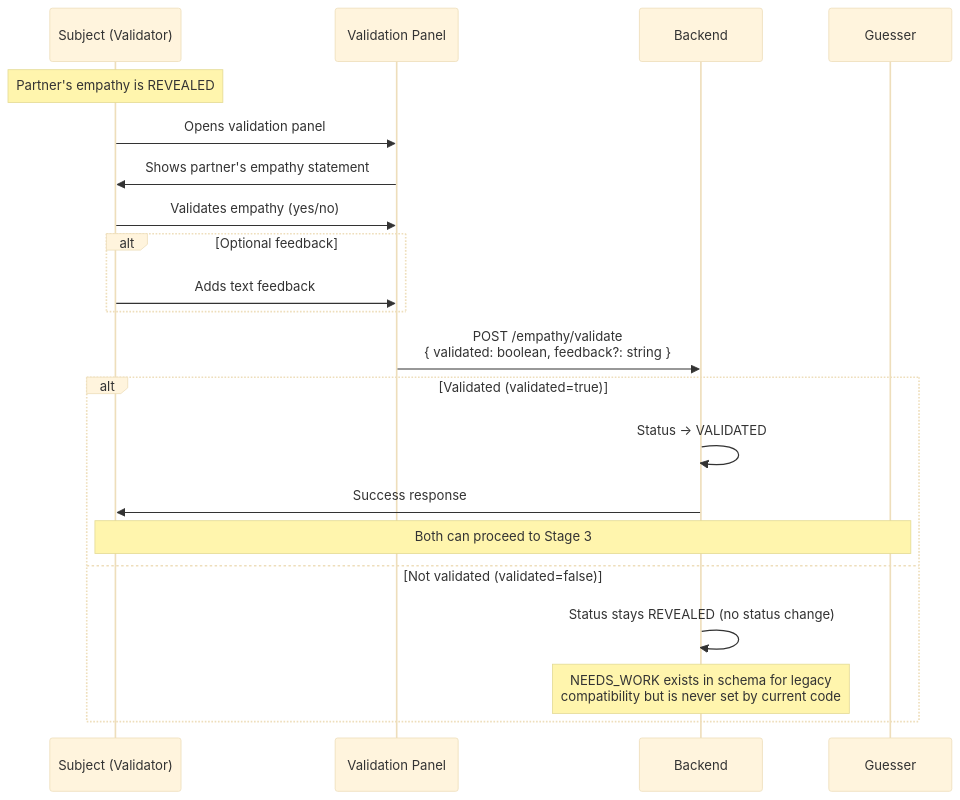
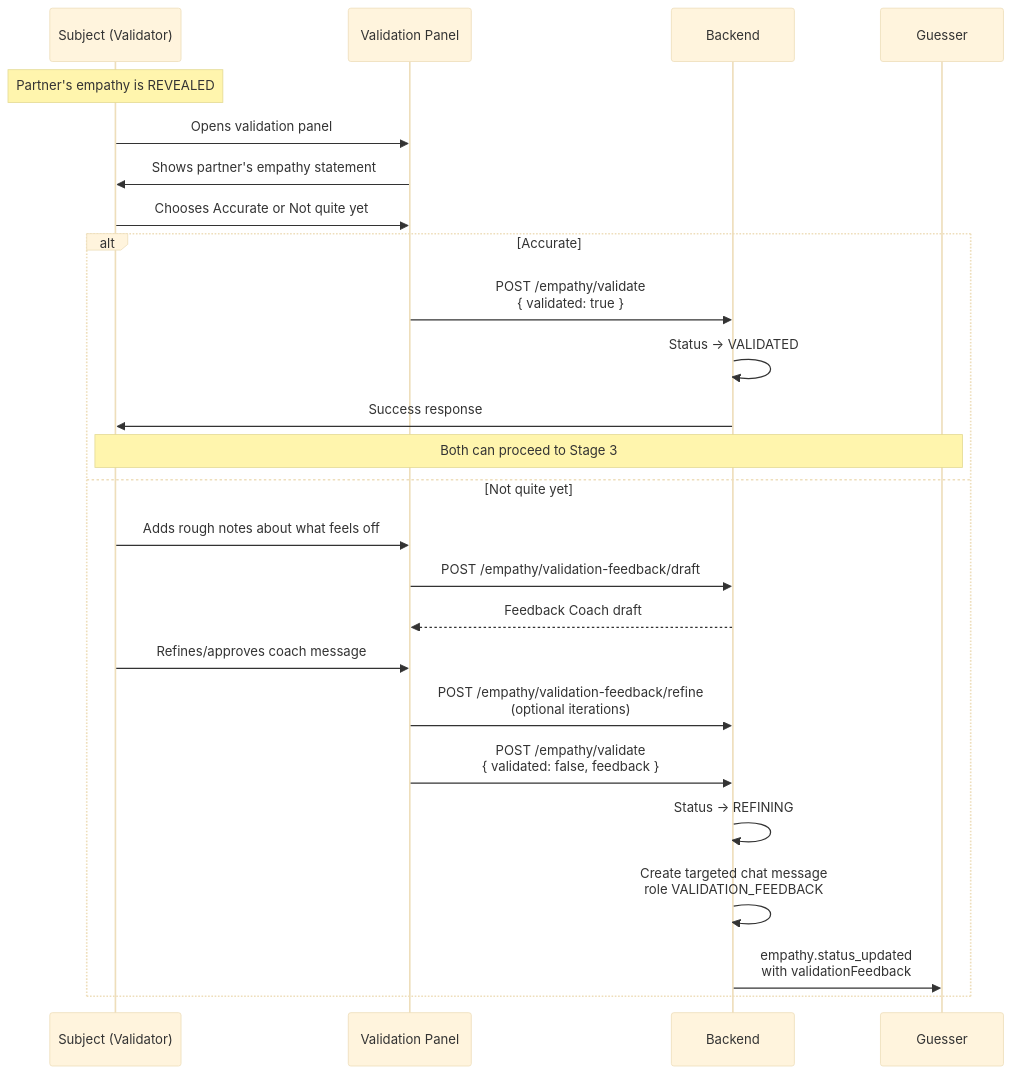
Before and after one commit to shantamg/meet-without-fear: the sixth of 8 diagrams in docs/backend/reconciler-flow.md, drawn with Mermaid (base theme). The commit also changed other lines of this file and 17 other files, not shown here.

Commit message:
address feedback coach review and docs

````diff
--- a/docs/backend/reconciler-flow.md
+++ b/docs/backend/reconciler-flow.md
@@ -254,29 +255,31 @@
 ```mermaid
 sequenceDiagram
     participant Sub as Subject (Validator)
     participant UI as Validation Panel
     participant API as Backend
     participant Guesser as Guesser
 
     Note over Sub: Partner's empathy is REVEALED
 
     Sub->>UI: Opens validation panel
     UI->>Sub: Shows partner's empathy statement
 
-    Sub->>UI: Validates empathy (yes/no)
+    Sub->>UI: Chooses Accurate or Not quite yet
 
-    alt Optional feedback
-        Sub->>UI: Adds text feedback
-    end
-
-    UI->>API: POST /empathy/validate<br/>{ validated: boolean, feedback?: string }
-
-    alt Validated (validated=true)
-        API->>API: Status → VALIDATED
+    alt Accurate
+        UI->>API: POST /empathy/validate<br/>{ validated: true }
+        API->>API: Status -> VALIDATED
         API->>Sub: Success response
         Note over Sub,Guesser: Both can proceed to Stage 3
-    else Not validated (validated=false)
-        API->>API: Status stays REVEALED (no status change)
-        Note over API: NEEDS_WORK exists in schema for legacy<br/>compatibility but is never set by current code
+    else Not quite yet
+        Sub->>UI: Adds rough notes about what feels off
+        UI->>API: POST /empathy/validation-feedback/draft
+        API-->>UI: Feedback Coach draft
+        Sub->>UI: Refines/approves coach message
+        UI->>API: POST /empathy/validation-feedback/refine<br/>(optional iterations)
+        UI->>API: POST /empathy/validate<br/>{ validated: false, feedback }
+        API->>API: Status -> REFINING
+        API->>API: Create targeted chat message<br/>role VALIDATION_FEEDBACK
+        API->>Guesser: empathy.status_updated<br/>with validationFeedback
     end
 ```
````
